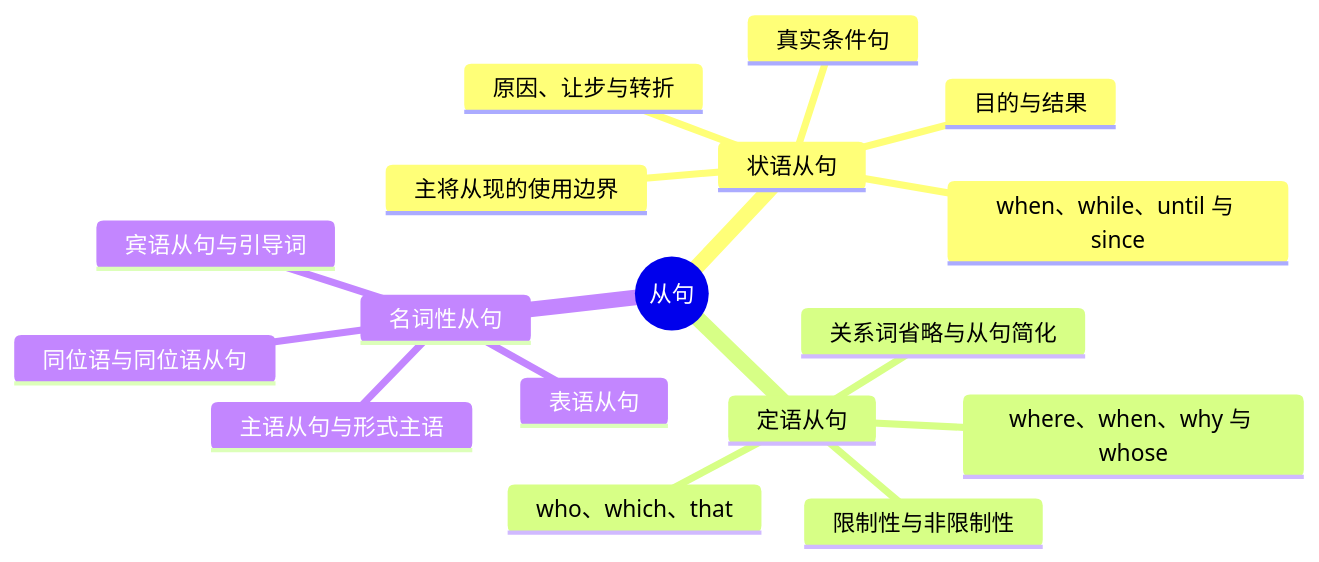
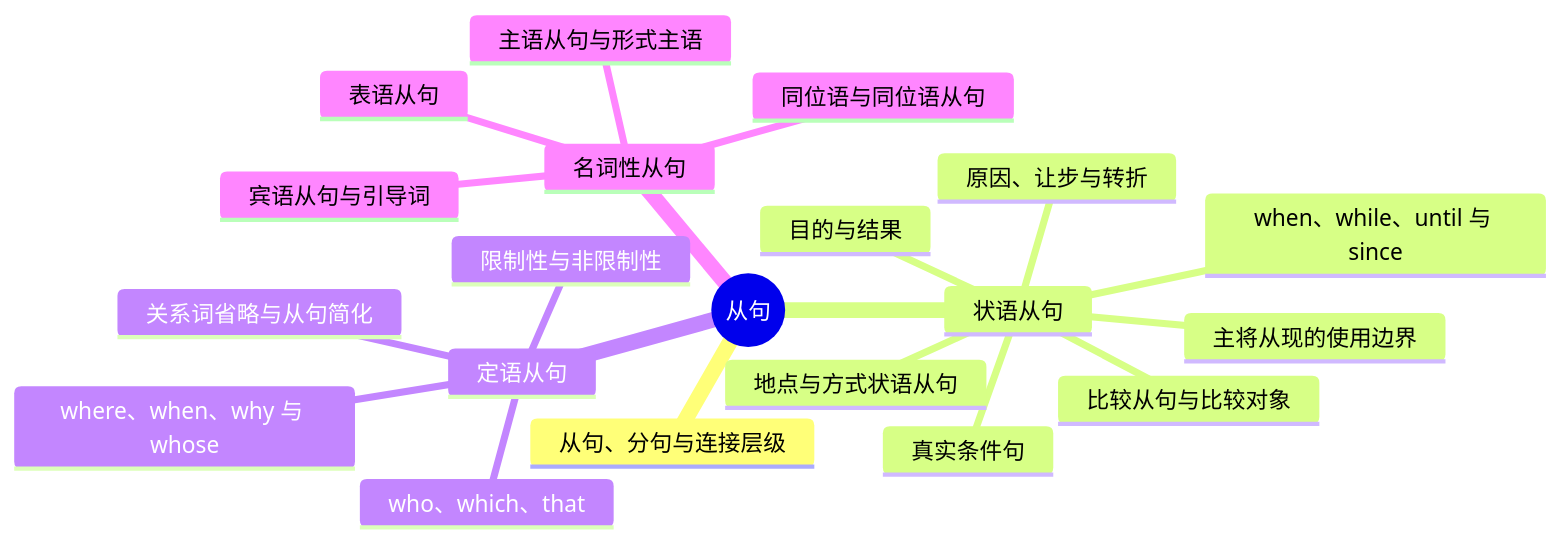
Before and after one commit to FitzLeewenlei/grammar: the sixth of 11 diagrams in grammar-mindmaps.md, drawn with Mermaid. The commit also changed other lines of this file and 15 other files, not shown here.

````diff
--- a/grammar-mindmaps.md
+++ b/grammar-mindmaps.md
@@ -100,20 +128,23 @@
 ```mermaid
 mindmap
   root((从句))
+    从句、分句与连接层级
     状语从句
       真实条件句
       主将从现的使用边界
       when、while、until 与 since
       原因、让步与转折
       目的与结果
+      地点与方式状语从句
+      比较从句与比较对象
     定语从句
       who、which、that
       where、when、why 与 whose
       关系词省略与从句简化
       限制性与非限制性
     名词性从句
       主语从句与形式主语
       宾语从句与引导词
       表语从句
       同位语与同位语从句
 ```
````
